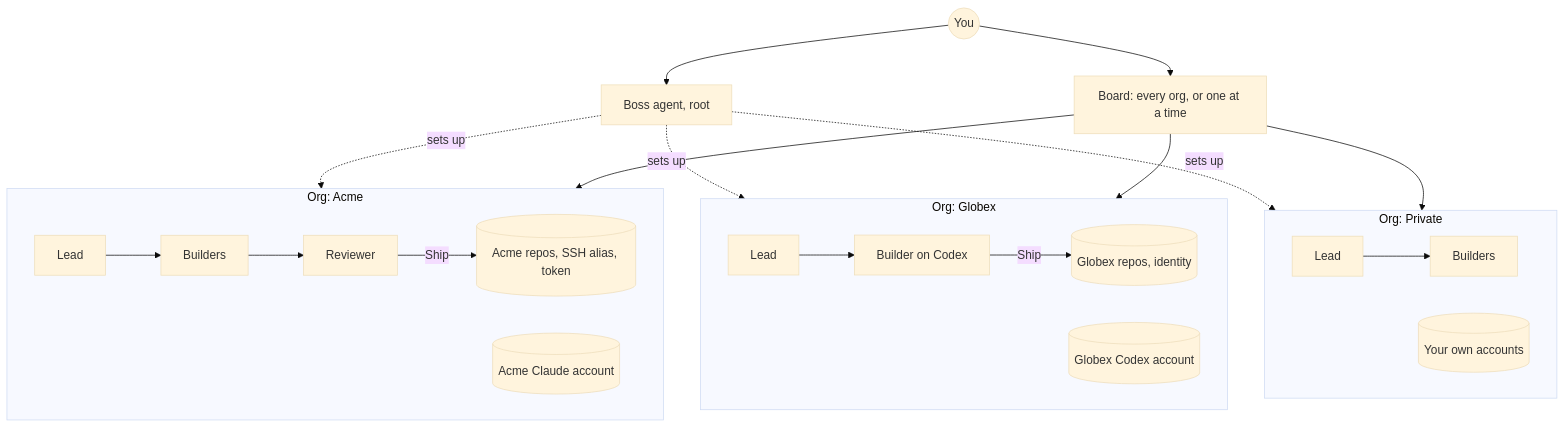
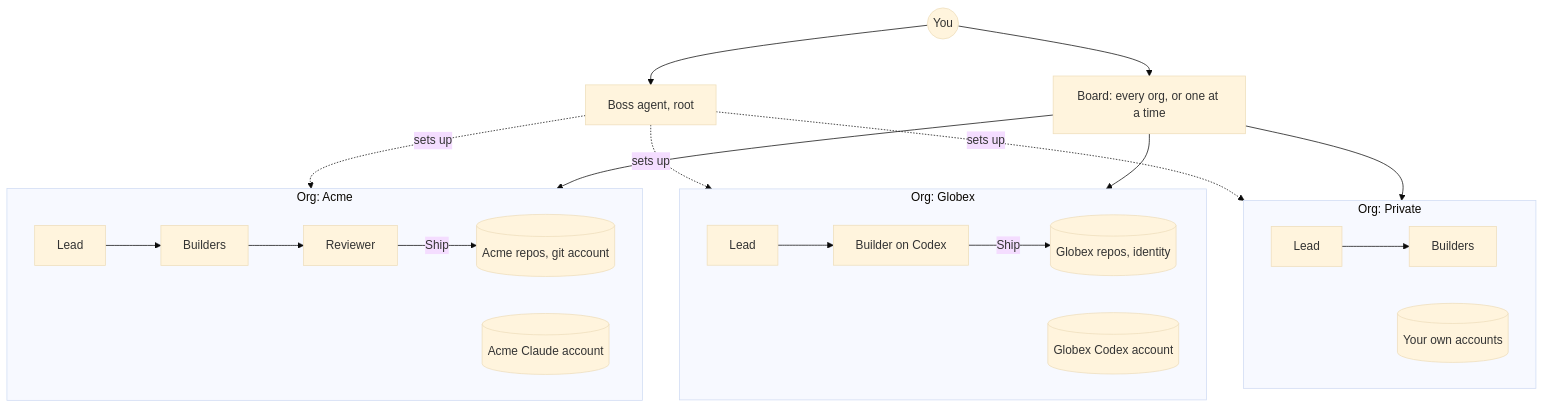
One commit to ashik112/majhi changed the diagram in README.md. Above: the diagram before and after it, drawn with Mermaid (base theme). The commit also changed other lines of this file and 8 other files, not shown here.

````diff
--- a/README.md
+++ b/README.md
@@ -64,28 +149,28 @@
 ```mermaid
 flowchart TB
   you((You)) --> boss[Boss agent, root]
   you --> board[Board: every org, or one at a time]
   boss -. sets up .-> acme & globex & priv
 
   subgraph acme [Org: Acme]
     direction LR
     a_lead[Lead] --> a_b[Builders] --> a_r[Reviewer]
     a_acc[(Acme Claude account)]
-    a_git[(Acme repos, SSH alias, token)]
+    a_git[(Acme repos, git account)]
   end
   subgraph globex [Org: Globex]
     direction LR
     g_lead[Lead] --> g_b[Builder on Codex]
     g_acc[(Globex Codex account)]
     g_git[(Globex repos, identity)]
   end
   subgraph priv [Org: Private]
     direction LR
     p_lead[Lead] --> p_b[Builders]
     p_acc[(Your own accounts)]
   end
 
   board --> acme & globex & priv
   a_r -->|Ship| a_git
   g_b -->|Ship| g_git
 ```
````
